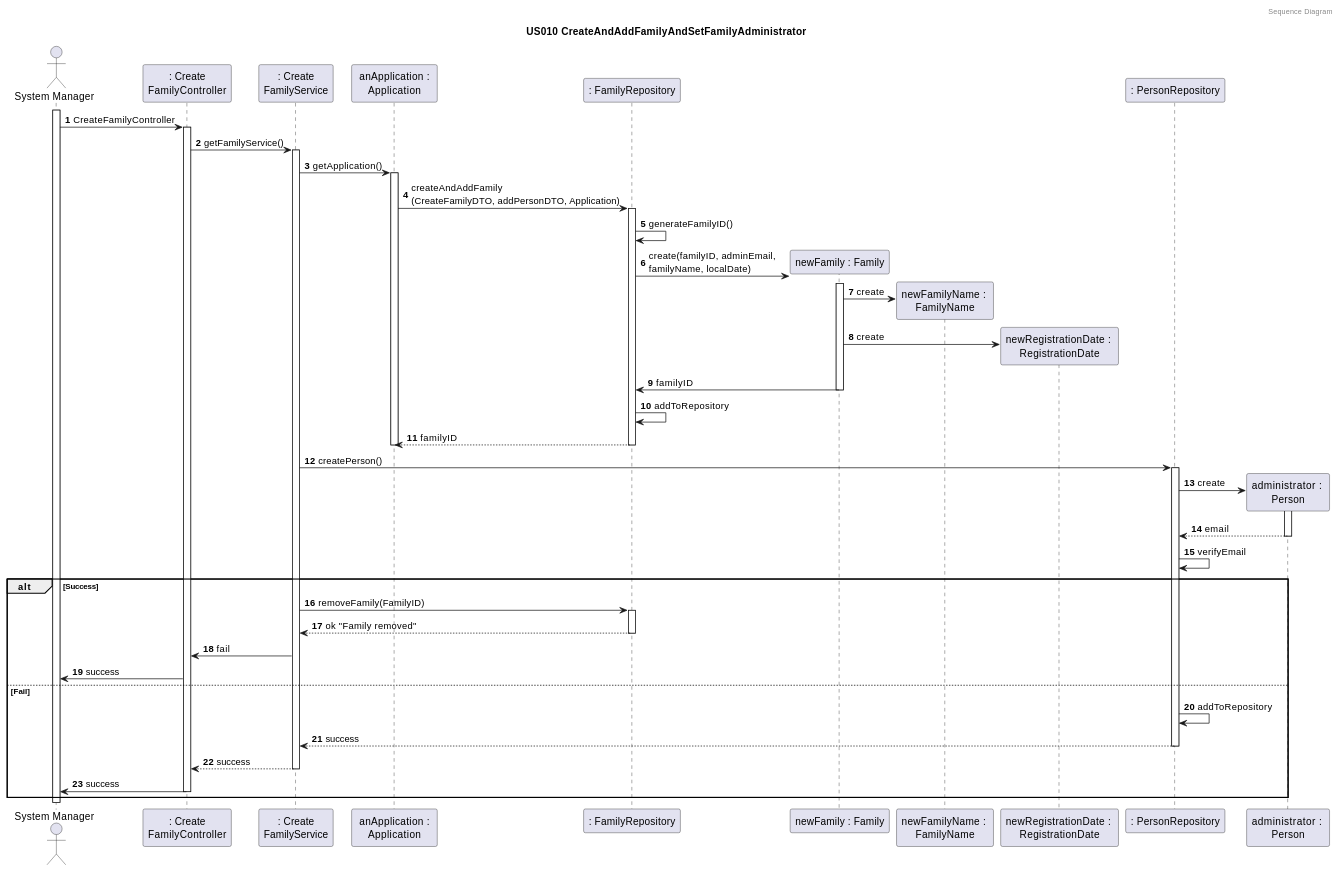
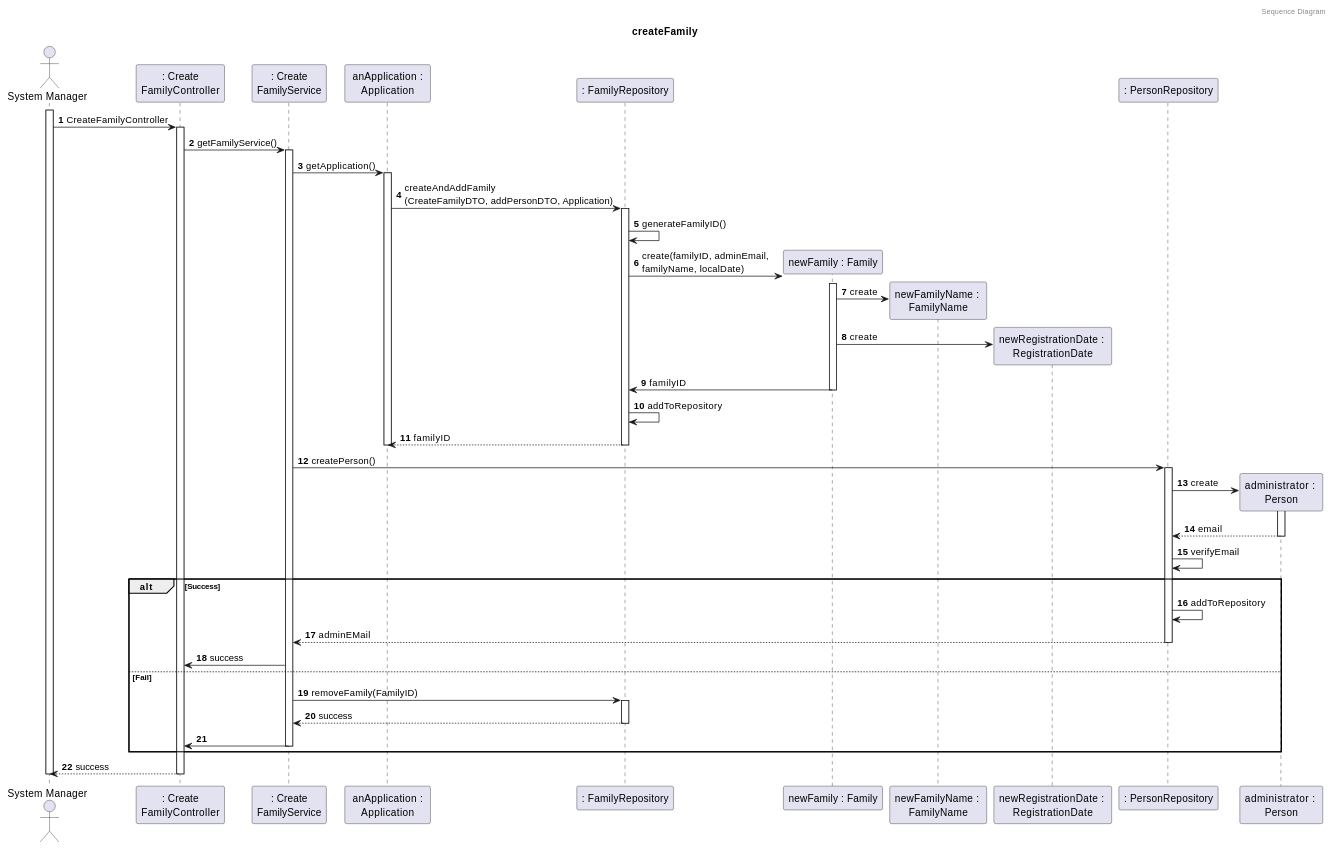
One commit to tomas-osswald/switch_2020_g3 changed the third of 4 diagrams in docs/sprint3/user_stories/US010_CreateAFamilyAndSetAdministrator.md. Above: the diagram before and after it, drawn with PlantUML. The commit also changed other lines of this file, not shown here.

`````diff
--- a/docs/sprint3/user_stories/US010_CreateAFamilyAndSetAdministrator.md
+++ b/docs/sprint3/user_stories/US010_CreateAFamilyAndSetAdministrator.md
@@ -109,65 +118,57 @@
 ````puml
 @startuml
 autonumber
 header Sequence Diagram
-title US010 CreateAndAddFamilyAndSetFamilyAdministrator
+title createFamily
 actor "System Manager" as systemManager
 participant ": Create\nFamilyController" as controller
 participant ": Create\nFamilyService" as FamAdminService
 participant " anApplication : \nApplication" as app
 participant ": FamilyRepository" as frepository
 participant "newFamily : Family" as family
 participant "newFamilyName : \nFamilyName" as familyName
 participant "newRegistrationDate : \nRegistrationDate" as registrationDate
 participant ": PersonRepository" as prepository
 participant "administrator : \nPerson" as admin
 activate systemManager
 systemManager -> controller: CreateFamilyController
 activate controller
 controller -> FamAdminService : getFamilyService()
 activate FamAdminService
 FamAdminService -> app : getApplication()
 activate app
 app -> frepository: createAndAddFamily \n(CreateFamilyDTO, addPersonDTO, Application)
 activate frepository
 frepository -> frepository : generateFamilyID()
 frepository -> family** : create(familyID, adminEmail, \nfamilyName, localDate)
 activate family
 family ->  familyName** : create
 family -> registrationDate** : create
 family -> frepository : familyID
 deactivate family
 frepository -> frepository : addToRepository
 return familyID
 deactivate app
 FamAdminService -> prepository : createPerson()
 activate prepository
 prepository -> admin** : create
 activate admin
 return email
 prepository -> prepository : verifyEmail
 alt Success
+
+prepository -> prepository : addToRepository
+return adminEMail
+FamAdminService -> controller : success
+else Fail
+
 FamAdminService -> frepository : removeFamily(FamilyID)
 activate frepository
-return ok "Family removed"
-FamAdminService -> controller : fail
-
-controller -> systemManager : success
-
-else Fail
-
-prepository -> prepository : addToRepository
-prepository --> FamAdminService : success
-deactivate prepository
-
-
-FamAdminService --> controller : success
+return success
+FamAdminService -> controller 
 deactivate FamAdminService
-controller -> systemManager : success
-deactivate controller
 end
-
+return success
 deactivate systemManager
-
 @enduml
 ````
`````
